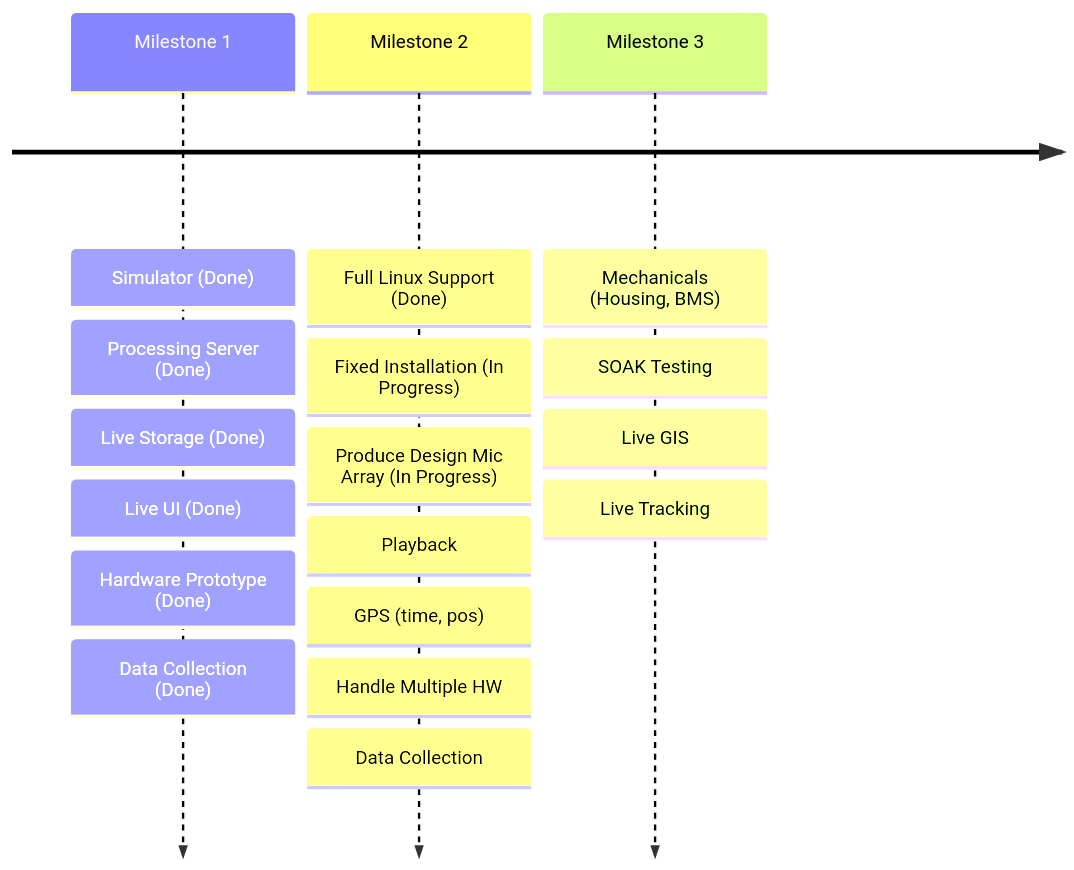
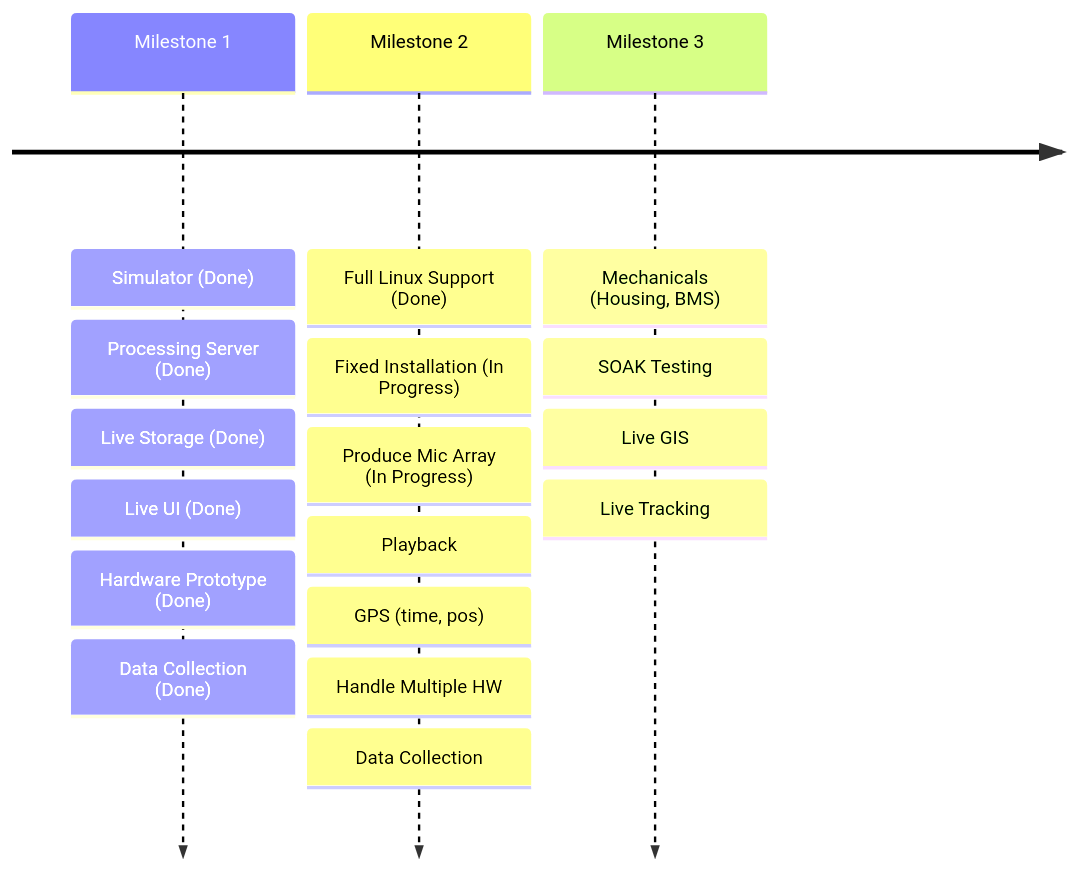
One commit to Sense-Scape/.github changed the second of 2 diagrams in profile/README.md. Above: the diagram before and after it, drawn with Mermaid.

````diff
--- a/profile/README.md
+++ b/profile/README.md
@@ -54,8 +54,8 @@
 ``` mermaid
 
 timeline
     Milestone 1 : Simulator (Done) : Processing Server (Done) : Live Storage (Done) : Live UI (Done) : Hardware Prototype (Done) : Data Collection (Done)
-    Milestone 2 : Full Linux Support (Done) : Fixed Installation (In Progress) : Produce Design Mic Array (In Progress) : Playback : GPS (time, pos) : Handle Multiple HW : Data Collection
+    Milestone 2 : Full Linux Support (Done) : Fixed Installation (In Progress) : Produce Mic Array (In Progress) : Playback : GPS (time, pos) : Handle Multiple HW : Data Collection
     Milestone 3 : Mechanicals (Housing, BMS) : SOAK Testing : Live GIS : Live Tracking
 
 ```
````
